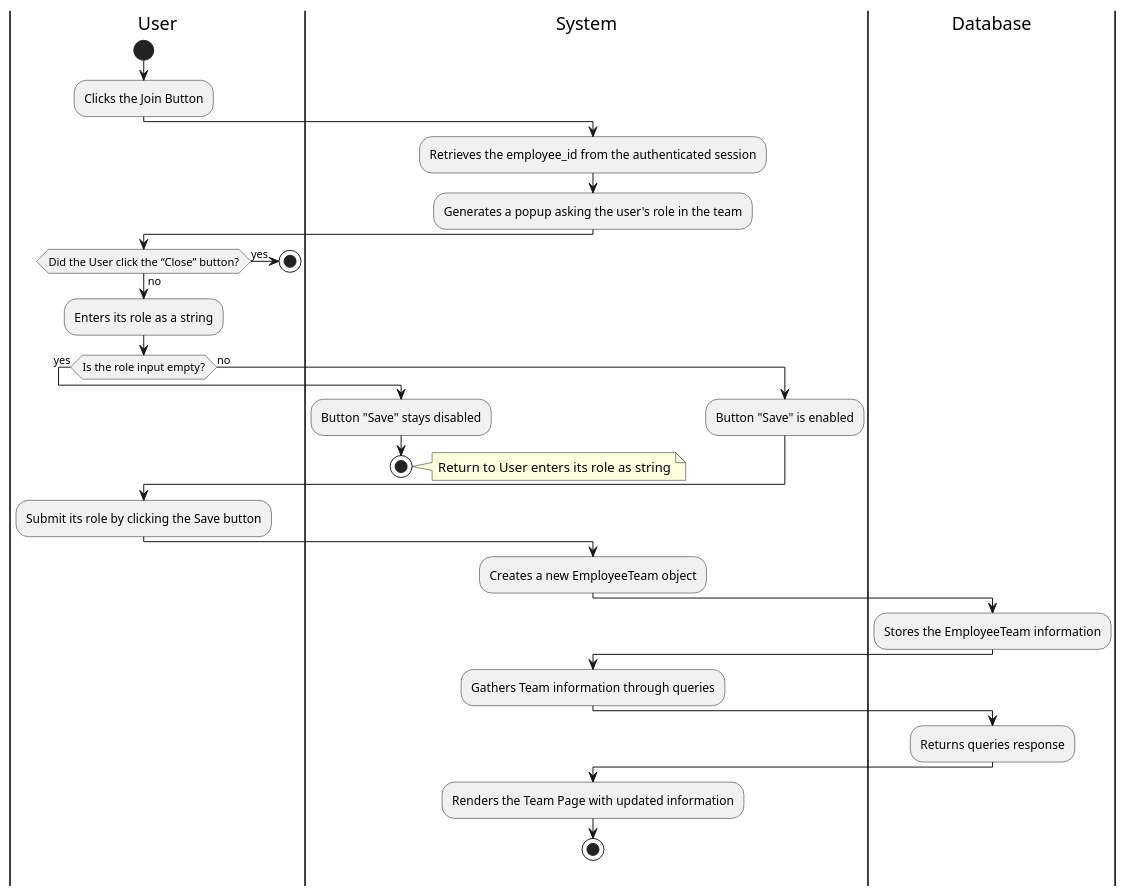
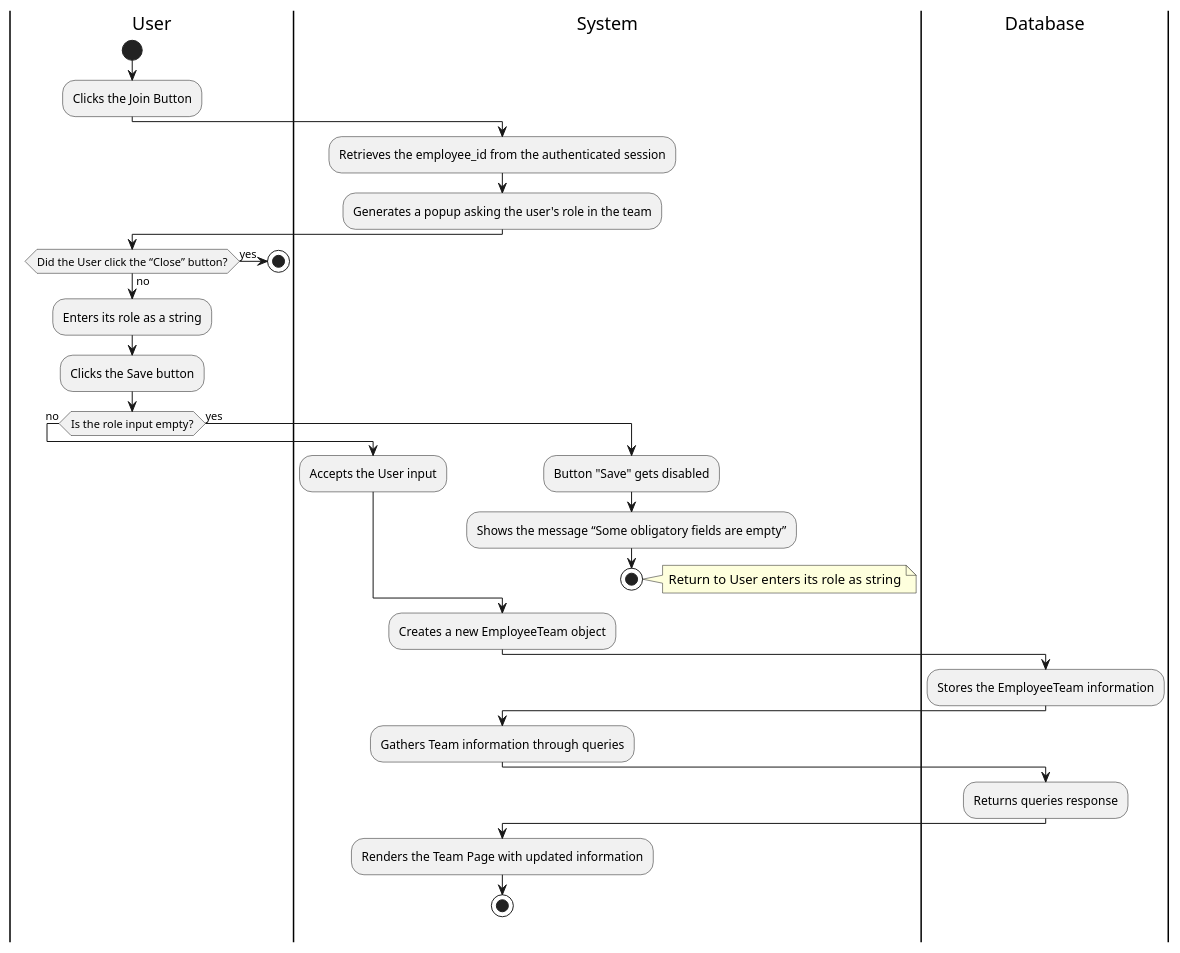
Before and after one commit to Berthou05/LimboSoftwareDevelopment_Change.org: the diagram in documentation/activity_diagrams/TEAM-06-01-ActivityDiagram.puml, drawn with PlantUML. The commit also changed 6 other files, not shown here.

```diff
--- a/documentation/activity_diagrams/TEAM-06-01-ActivityDiagram.puml
+++ b/documentation/activity_diagrams/TEAM-06-01-ActivityDiagram.puml
@@ -1,40 +1,40 @@
 @startuml
 |User|
 start
 :Clicks the Join Button;
 |System|
 :Retrieves the employee_id from the authenticated session;
 :Generates a popup asking the user's role in the team;
 |User|
 if(Did the User click the “Close” button?) is (yes) then
     stop
 else(no)
     :Enters its role as a string;
+    :Clicks the Save button;
 
-    if(Is the role input empty?) is (yes) then
+    if(Is the role input empty?) is (no) then
     |System|
-    :Button "Save" stays disabled;
+    :Accepts the User input;
+
+    else(yes)
+    |System|
+    :Button "Save" gets disabled;
+    :Shows the message “Some obligatory fields are empty”;
+
     stop
     note right
         Return to User enters its role as string
     end note
-    
+end if
 
-    else(no)
-    |System|
-    :Button "Save" is enabled;
-    end if
-|User|
-:Submit its role by clicking the Save button;
-|System|
 :Creates a new EmployeeTeam object;
 |Database|
 :Stores the EmployeeTeam information;
 |System|
 :Gathers Team information through queries;
 |Database|
 :Returns queries response;
 |System|
 :Renders the Team Page with updated information;
 stop
 @enduml
```
